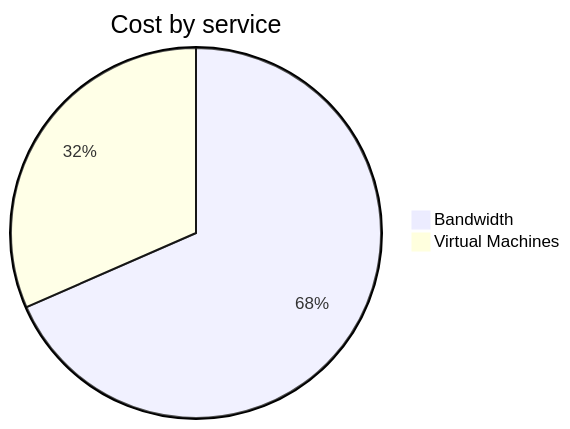
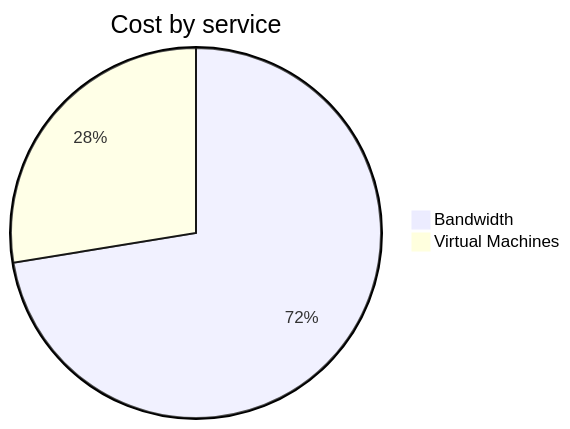
Before and after one commit to jpfulton/azure-personal-reports: the second of 4 diagrams in cost-reports/personal-network/vpn-server.md, drawn with Mermaid. The commit also changed other lines of this file and 8 other files, not shown here.

````diff
--- a/cost-reports/personal-network/vpn-server.md
+++ b/cost-reports/personal-network/vpn-server.md
@@ -96,6 +96,6 @@
 ```mermaid
 pie
    title Cost by service
-   "Bandwidth" : 11.71
-   "Virtual Machines" : 5.40
+   "Bandwidth" : 14.74
+   "Virtual Machines" : 5.61
 ```
````
